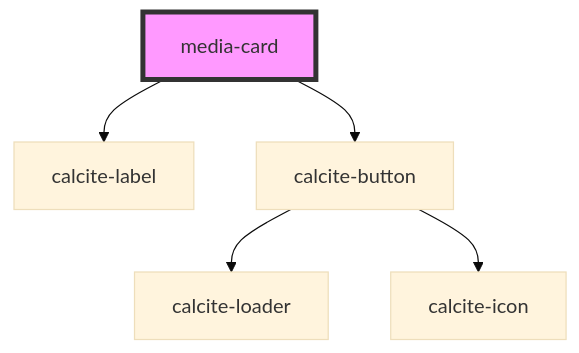
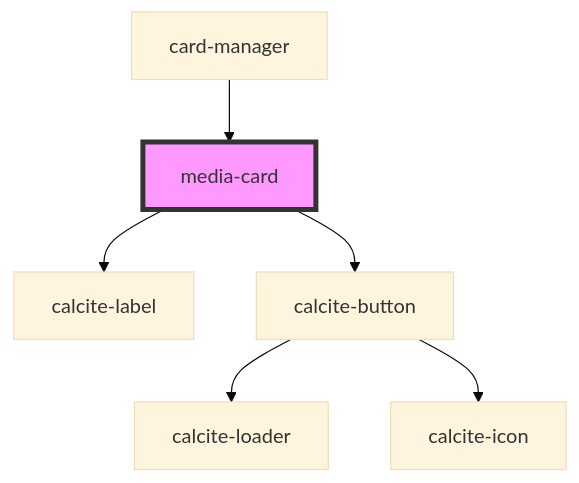
One commit to Esri/solutions-components changed the diagram in src/components/media-card/readme.md. Above: the diagram before and after it, drawn with Mermaid (base theme). The commit also changed other lines of this file and 8 other files, not shown here.

First line of the commit message:
add some logic for card-manager

````diff
--- a/src/components/media-card/readme.md
+++ b/src/components/media-card/readme.md
@@ -23,8 +27,9 @@
 ```mermaid
 graph TD;
   media-card --> calcite-label
   media-card --> calcite-button
   calcite-button --> calcite-loader
   calcite-button --> calcite-icon
+  card-manager --> media-card
   style media-card fill:#f9f,stroke:#333,stroke-width:4px
 ```
````
